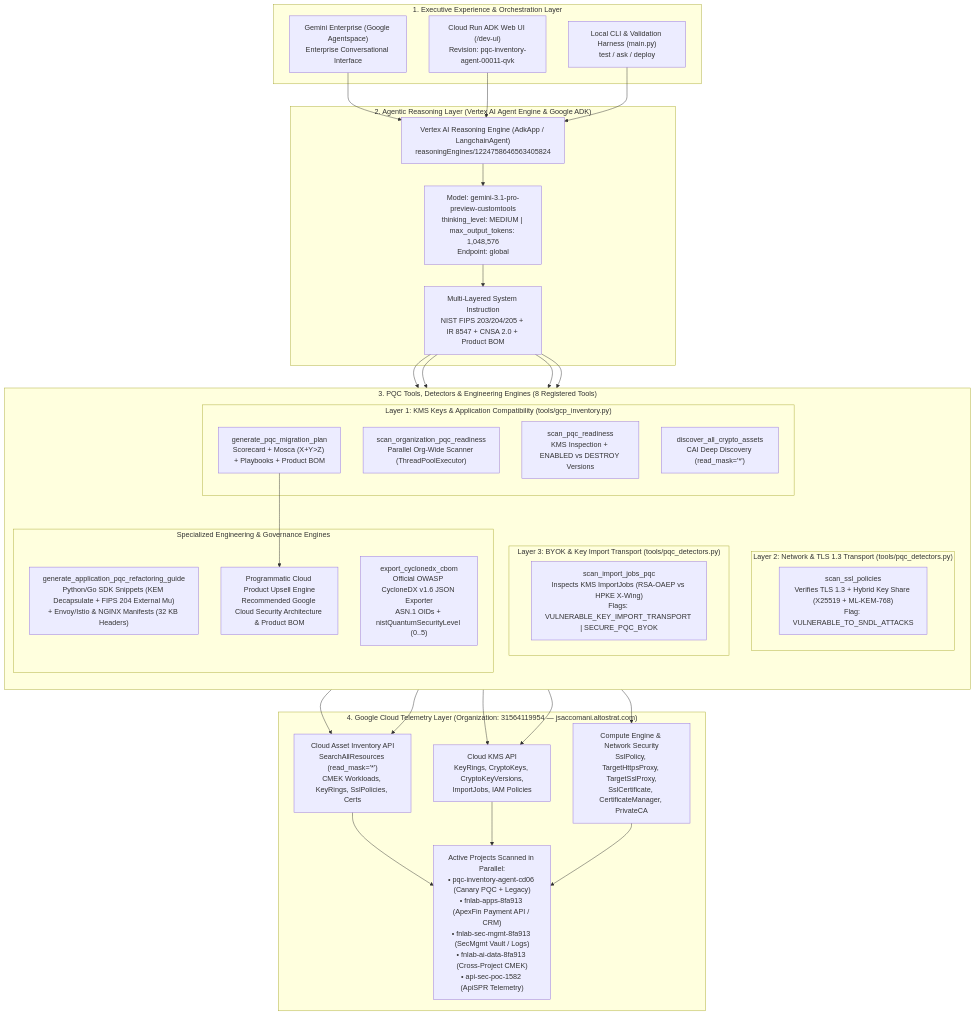
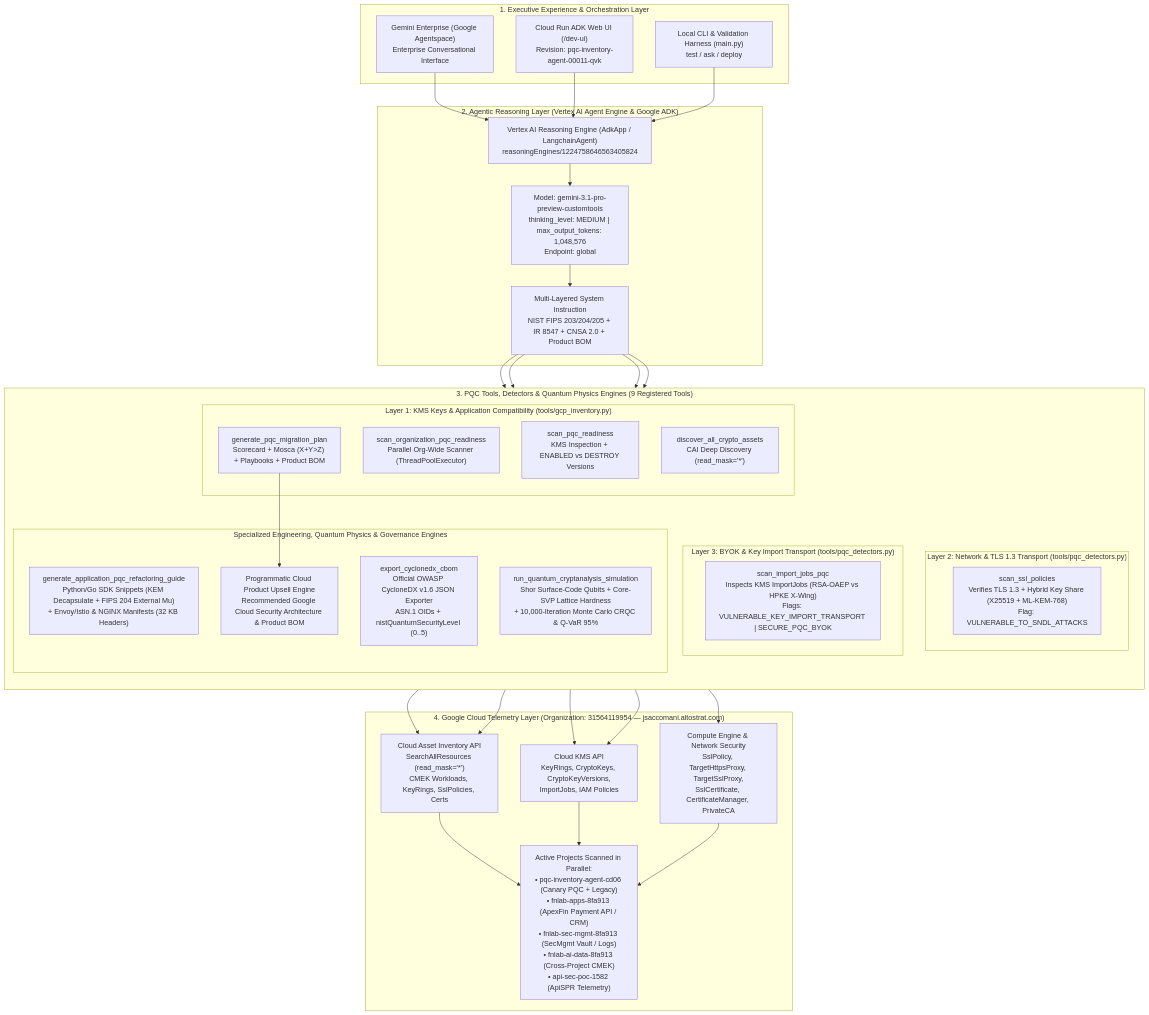
Before and after one commit to g-jsaccomani/pqc_inventory_agent: the first of 4 diagrams in README.md, drawn with Mermaid. The commit also changed other lines of this file and 9 other files, not shown here.

Commit message:
feat(quantum): implement Phase 1 Quantum Cryptanalysis Simulation Engine, TTL cache, and compact JSON token optimizations

````diff
--- a/README.md
+++ b/README.md
@@ -35,66 +35,67 @@
 ```mermaid
 flowchart TB
     subgraph UX["1. Executive Experience & Orchestration Layer"]
         GE["Gemini Enterprise (Google Agentspace)<br/>Enterprise Conversational Interface"]
         CR["Cloud Run ADK Web UI (/dev-ui)<br/>Revision: pqc-inventory-agent-00011-qvk"]
         CLI["Local CLI & Validation Harness (main.py)<br/>test / ask / deploy"]
     end
 
     subgraph BRAIN["2. Agentic Reasoning Layer (Vertex AI Agent Engine & Google ADK)"]
         RE["Vertex AI Reasoning Engine (AdkApp / LangchainAgent)<br/>reasoningEngines/1224758646563405824"]
         LLM["Model: gemini-3.1-pro-preview-customtools<br/>thinking_level: MEDIUM | max_output_tokens: 1,048,576<br/>Endpoint: global"]
         SYS["Multi-Layered System Instruction<br/>NIST FIPS 203/204/205 + IR 8547 + CNSA 2.0 + Product BOM"]
         RE --> LLM
         LLM --> SYS
     end
 
-    subgraph TOOLS["3. PQC Tools, Detectors & Engineering Engines (8 Registered Tools)"]
+    subgraph TOOLS["3. PQC Tools, Detectors & Quantum Physics Engines (9 Registered Tools)"]
         direction TB
         subgraph L1["Layer 1: KMS Keys & Application Compatibility (tools/gcp_inventory.py)"]
             T1["scan_organization_pqc_readiness<br/>Parallel Org-Wide Scanner (ThreadPoolExecutor)"]
             T2["scan_pqc_readiness<br/>KMS Inspection + ENABLED vs DESTROY Versions"]
             T3["discover_all_crypto_assets<br/>CAI Deep Discovery (read_mask='*')"]
             T4["generate_pqc_migration_plan<br/>Scorecard + Mosca (X+Y>Z) + Playbooks + Product BOM"]
         end
 
         subgraph L2["Layer 2: Network & TLS 1.3 Transport (tools/pqc_detectors.py)"]
             T5["scan_ssl_policies<br/>Verifies TLS 1.3 + Hybrid Key Share (X25519 + ML-KEM-768)<br/>Flag: VULNERABLE_TO_SNDL_ATTACKS"]
         end
 
         subgraph L3["Layer 3: BYOK & Key Import Transport (tools/pqc_detectors.py)"]
             T6["scan_import_jobs_pqc<br/>Inspects KMS ImportJobs (RSA-OAEP vs HPKE X-Wing)<br/>Flags: VULNERABLE_KEY_IMPORT_TRANSPORT | SECURE_PQC_BYOK"]
         end
 
-        subgraph ENGINES["Specialized Engineering & Governance Engines"]
+        subgraph ENGINES["Specialized Engineering, Quantum Physics & Governance Engines"]
             T7["generate_application_pqc_refactoring_guide<br/>Python/Go SDK Snippets (KEM Decapsulate + FIPS 204 External Mu)<br/>+ Envoy/Istio & NGINX Manifests (32 KB Headers)"]
             T8["export_cyclonedx_cbom<br/>Official OWASP CycloneDX v1.6 JSON Exporter<br/>ASN.1 OIDs + nistQuantumSecurityLevel (0..5)"]
+            T9["run_quantum_cryptanalysis_simulation<br/>Shor Surface-Code Qubits + Core-SVP Lattice Hardness<br/>+ 10,000-Iteration Monte Carlo CRQC & Q-VaR 95%"]
             BOM["Programmatic Cloud Product Upsell Engine<br/>Recommended Google Cloud Security Architecture & Product BOM"]
         end
     end
 
     subgraph GCP["4. Google Cloud Telemetry Layer (Organization: 31564119954 — jsaccomani.altostrat.com)"]
         CAI["Cloud Asset Inventory API<br/>SearchAllResources (read_mask='*')<br/>CMEK Workloads, KeyRings, SslPolicies, Certs"]
         KMS["Cloud KMS API<br/>KeyRings, CryptoKeys, CryptoKeyVersions,<br/>ImportJobs, IAM Policies"]
         NET["Compute Engine & Network Security<br/>SslPolicy, TargetHttpsProxy, TargetSslProxy,<br/>SslCertificate, CertificateManager, PrivateCA"]
         PROJECTS["Active Projects Scanned in Parallel:<br/>• pqc-inventory-agent-cd06 (Canary PQC + Legacy)<br/>• fnlab-apps-8fa913 (ApexFin Payment API / CRM)<br/>• fnlab-sec-mgmt-8fa913 (SecMgmt Vault / Logs)<br/>• fnlab-ai-data-8fa913 (Cross-Project CMEK)<br/>• api-sec-poc-1582 (ApiSPR Telemetry)"]
     end
 
     GE --> RE
     CR --> RE
     CLI --> RE
 
     SYS --> L1
     SYS --> L2
     SYS --> L3
     SYS --> ENGINES
     T4 --> BOM
 
     L1 --> CAI
     L1 --> KMS
     L2 --> CAI
     L2 --> NET
     L3 --> KMS
     CAI --> PROJECTS
     KMS --> PROJECTS
     NET --> PROJECTS
 ```
````
